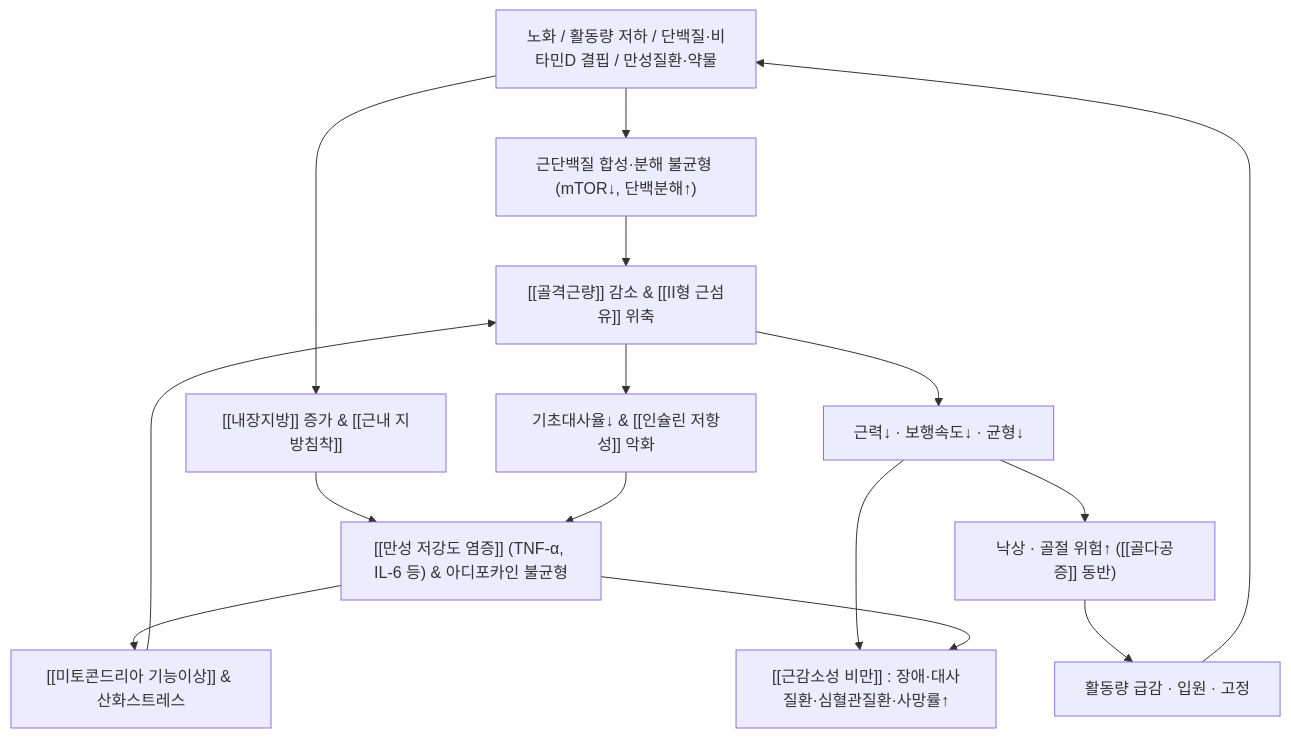
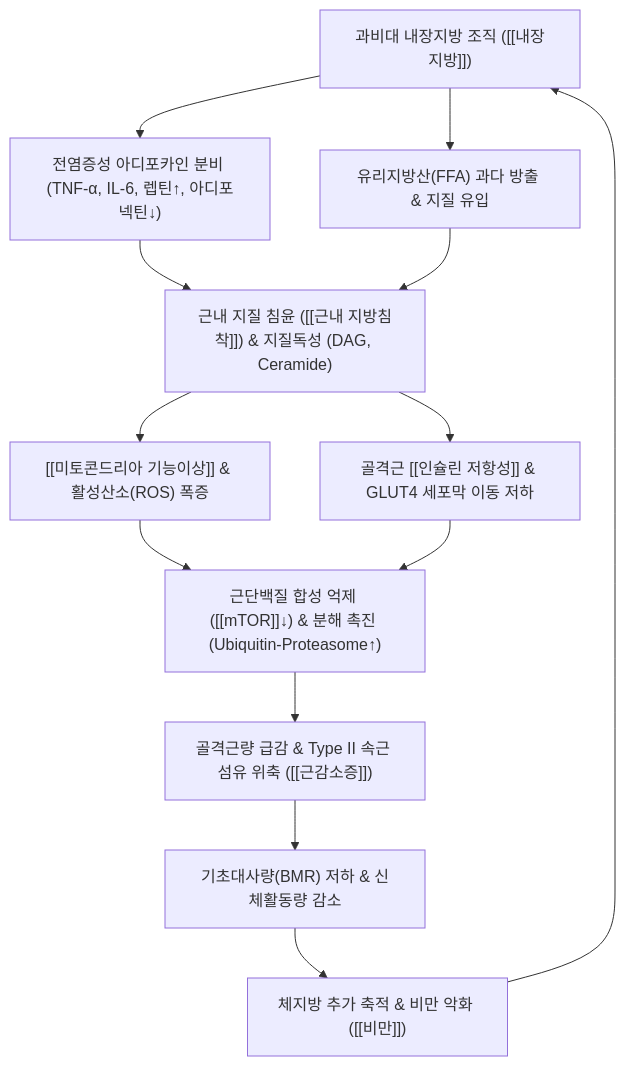
One commit to simbio11/simbio-digital-garden2 changed the diagram in content/3. 이론 공부/질환/근골격계 질환/기타/근감소성 비만.md. Above: the diagram before and after it, drawn with Mermaid. The commit also changed other lines of this file and 147 other files, not shown here.

````diff
--- a/content/3. 이론 공부/질환/근골격계 질환/기타/근감소성 비만.md
+++ b/content/3. 이론 공부/질환/근골격계 질환/기타/근감소성 비만.md
@@ -75,17 +136,15 @@
 ```mermaid
 graph TD
-    Cause["노화 / 활동량 저하 / 단백질·비타민D 결핍 / 만성질환·약물"] --> Balance["근단백질 합성·분해 불균형 (mTOR↓, 단백분해↑)"]
-    Balance --> MassLoss["[[골격근량]] 감소 & [[II형 근섬유]] 위축"]
-    Cause --> FatGain["[[내장지방]] 증가 & [[근내 지방침착]]"]
-    MassLoss --> Metabolic["기초대사율↓ & [[인슐린 저항성]] 악화"]
-    FatGain --> Inflammation["[[만성 저강도 염증]] (TNF-α, IL-6 등) & 아디포카인 불균형"]
-    Inflammation --> Mitochondria["[[미토콘드리아 기능이상]] & 산화스트레스"]
-    Mitochondria --> MassLoss
-    Metabolic --> Inflammation
-    MassLoss --> Function["근력↓ · 보행속도↓ · 균형↓"]
-    Function --> Falls["낙상 · 골절 위험↑ ([[골다공증]] 동반)"]
-    Falls --> Immobility["활동량 급감 · 입원 · 고정"]
-    Immobility --> Cause
-    Function --> QoL["[[근감소성 비만]] : 장애·대사질환·심혈관질환·사망률↑"]
-    Inflammation --> QoL
+    VAT["과비대 내장지방 조직 ([[내장지방]])"] --> Adipokines["전염증성 아디포카인 분비 (TNF-α, IL-6, 렙틴↑, 아디포넥틴↓)"]
+    VAT --> FFA["유리지방산(FFA) 과다 방출 & 지질 유입"]
+    Adipokines --> Lipotoxicity["근내 지질 침윤 ([[근내 지방침착]]) & 지질독성 (DAG, Ceramide)"]
+    FFA --> Lipotoxicity
+    Lipotoxicity --> Mito["[[미토콘드리아 기능이상]] & 활성산소(ROS) 폭증"]
+    Lipotoxicity --> IR["골격근 [[인슐린 저항성]] & GLUT4 세포막 이동 저하"]
+    Mito --> ProteinImbalance["근단백질 합성 억제 ([[mTOR]]↓) & 분해 촉진 (Ubiquitin-Proteasome↑)"]
+    IR --> ProteinImbalance
+    ProteinImbalance --> MuscleLoss["골격근량 급감 & Type II 속근 섬유 위축 ([[근감소증]])"]
+    MuscleLoss --> BMR["기초대사량(BMR) 저하 & 신체활동량 감소"]
+    BMR --> FatAcc["체지방 추가 축적 & 비만 악화 ([[비만]])"]
+    FatAcc --> VAT
 ```
````
